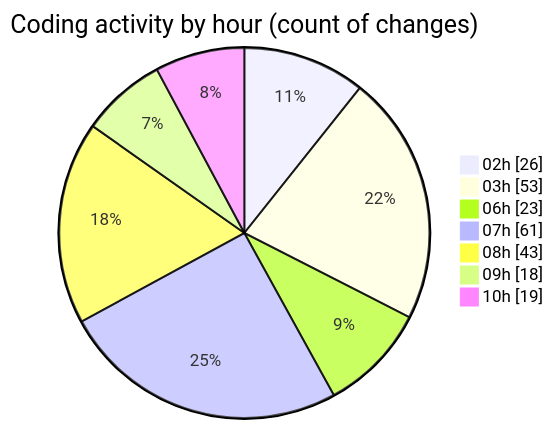
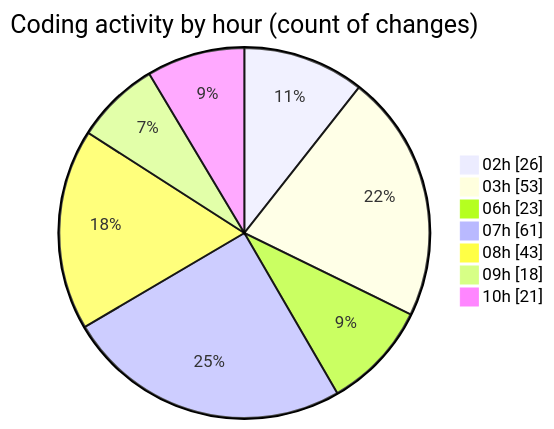
The second of 2 diagrams in 2025-02-22/micros/README.md (charlie-sans/code-tracking), drawn with Mermaid before and after one commit. The commit also changed other lines of this file and 1 other file, not shown here.

````diff
--- a/2025-02-22/micros/README.md
+++ b/2025-02-22/micros/README.md
@@ -78,11 +78,11 @@
 ```mermaid
 pie showData
 title Coding activity by hour (count of changes)
 "02h" : 26
 "03h" : 53
 "06h" : 23
 "07h" : 61
 "08h" : 43
 "09h" : 18
-"10h" : 19
+"10h" : 21
 ```
````
